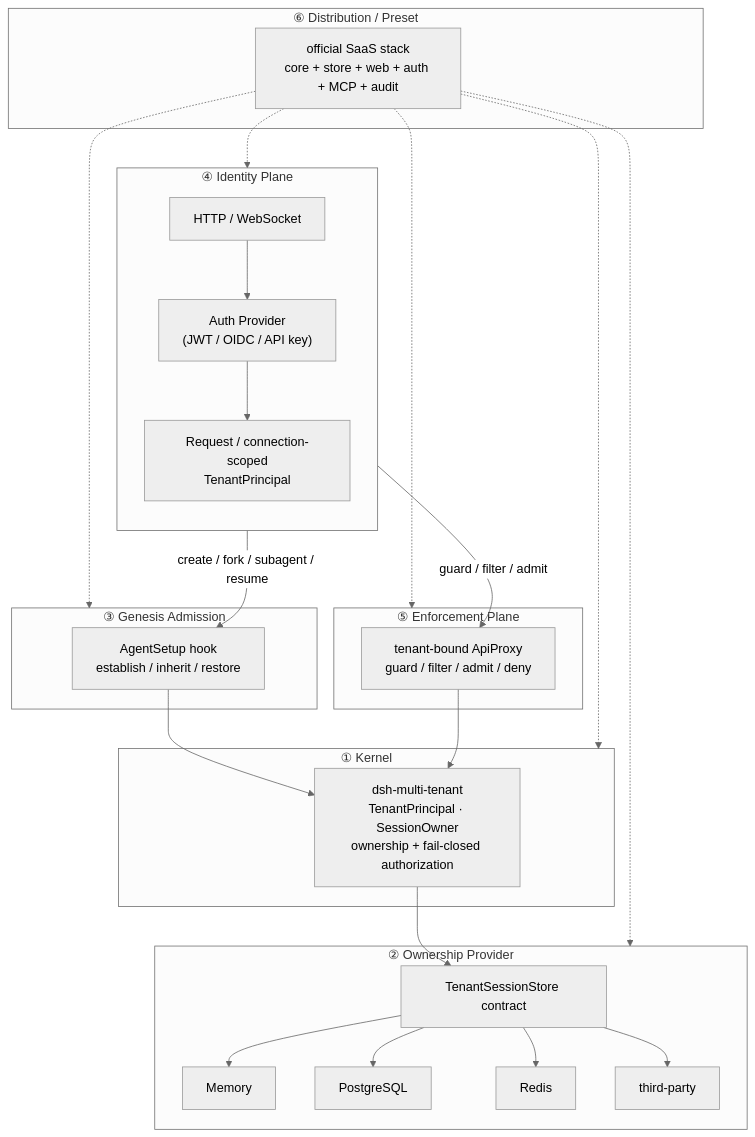
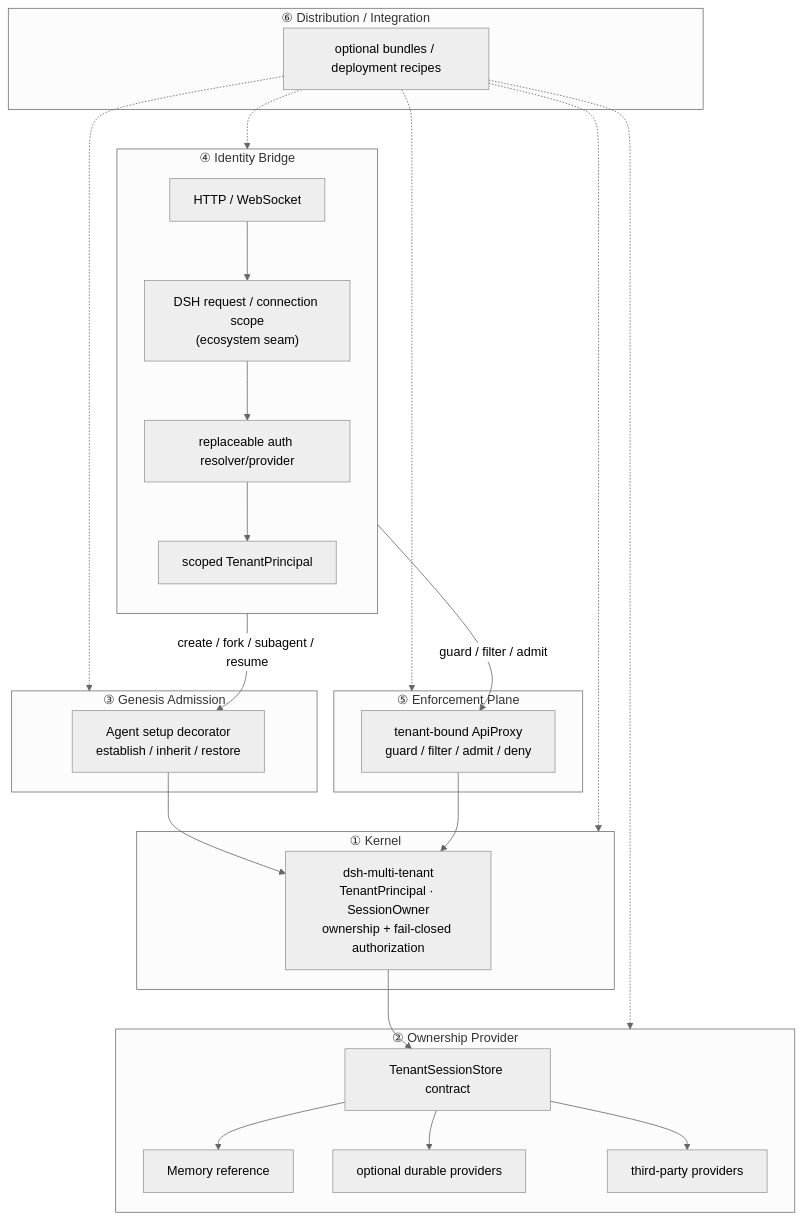
One commit to GuoMonth/dsh-multi-tenant changed the diagram in docs/specs/architecture.md. Above: the diagram before and after it, drawn with Mermaid (neutral theme). The commit also changed other lines of this file and 13 other files, not shown here.

Commit message:
docs: converge roadmap for first kernel release

````diff
--- a/docs/specs/architecture.md
+++ b/docs/specs/architecture.md
@@ -24,46 +27,46 @@
 ```mermaid
 flowchart TD
-    subgraph L4["④ Identity Plane"]
+    subgraph L4["④ Identity Bridge"]
         direction TB
-        HTTP["HTTP / WebSocket"] --> AUTH["Auth Provider<br/>(JWT / OIDC / API key)"]
-        AUTH --> PRINCIPAL["Request / connection-scoped<br/>TenantPrincipal"]
+        HTTP["HTTP / WebSocket"] --> SCOPE["DSH request / connection scope<br/>(ecosystem seam)"]
+        SCOPE --> AUTH["replaceable auth resolver/provider"]
+        AUTH --> PRINCIPAL["scoped TenantPrincipal"]
     end
 
     PRINCIPAL -->|"create / fork / subagent / resume"| GENESIS
     PRINCIPAL -->|"guard / filter / admit"| ENFORCE
 
     subgraph L3["③ Genesis Admission"]
-        GENESIS["AgentSetup hook<br/>establish / inherit / restore"]
+        GENESIS["Agent setup decorator<br/>establish / inherit / restore"]
     end
 
     subgraph L5["⑤ Enforcement Plane"]
         ENFORCE["tenant-bound ApiProxy<br/>guard / filter / admit / deny"]
     end
 
     GENESIS --> KERNEL
     ENFORCE --> KERNEL
 
     subgraph L1["① Kernel"]
         KERNEL["dsh-multi-tenant<br/>TenantPrincipal · SessionOwner<br/>ownership + fail-closed authorization"]
     end
 
     KERNEL --> STORE
 
     subgraph L2["② Ownership Provider"]
         STORE["TenantSessionStore contract"]
-        STORE --> MEM["Memory"]
-        STORE --> PG["PostgreSQL"]
-        STORE --> REDIS["Redis"]
-        STORE --> THIRD["third-party"]
+        STORE --> MEM["Memory reference"]
+        STORE --> DURABLE["optional durable providers"]
+        STORE --> THIRD["third-party providers"]
     end
 
-    subgraph L6["⑥ Distribution / Preset"]
-        PRESET["official SaaS stack<br/>core + store + web + auth + MCP + audit"]
+    subgraph L6["⑥ Distribution / Integration"]
+        RECIPE["optional bundles / deployment recipes"]
     end
 
-    PRESET -.-> L1
-    PRESET -.-> L2
-    PRESET -.-> L3
-    PRESET -.-> L4
-    PRESET -.-> L5
+    RECIPE -.-> L1
+    RECIPE -.-> L2
+    RECIPE -.-> L3
+    RECIPE -.-> L4
+    RECIPE -.-> L5
 ```
````
